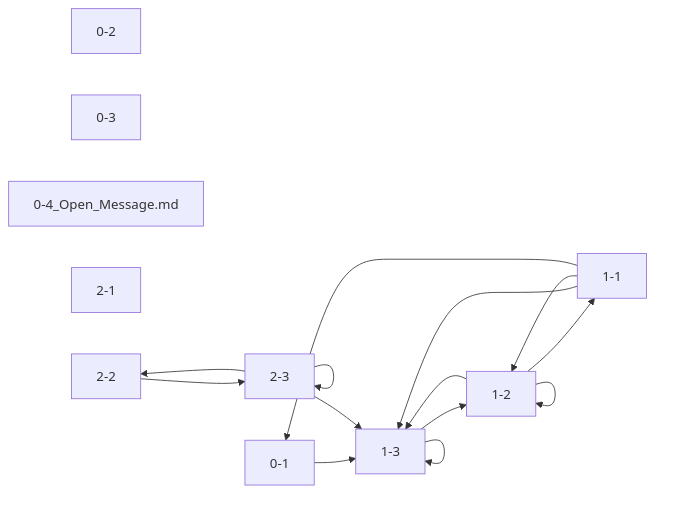
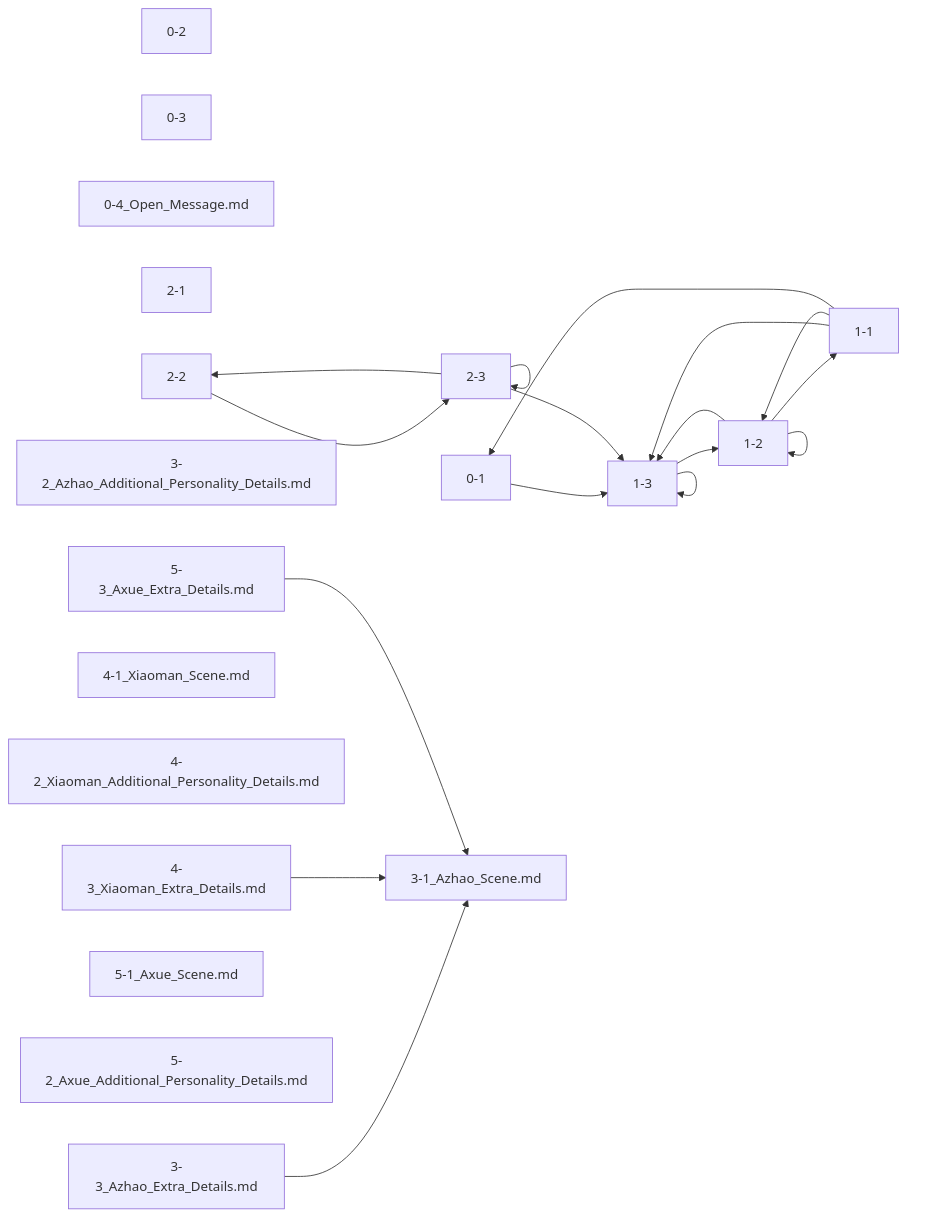
One commit to formkk/Ashport_Ourdream changed the diagram in tools/ref_graph.mmd. Above: the diagram before and after it, drawn with Mermaid. The commit also changed 13 other files, not shown here.

First line of the commit message:
feat(v1.70): WSK三文件修订+文档同步批次（输出示例改版/完整视图6→7字段/提取纪律收缩/契约自指）

```diff
--- a/tools/ref_graph.mmd
+++ b/tools/ref_graph.mmd
@@ -1,27 +1,42 @@
 graph LR
     0-1["0-1"]
     0-2["0-2"]
     0-3["0-3"]
     0-4_Open_Message.md["0-4_Open_Message.md"]
     1-1["1-1"]
     1-2["1-2"]
     1-3["1-3"]
     2-1["2-1"]
     2-2["2-2"]
     2-3["2-3"]
+    3-1_Azhao_Scene.md["3-1_Azhao_Scene.md"]
+    3-2_Azhao_Additional_Personality_Details.md["3-2_Azhao_Additional_Personality_Details.md"]
+    3-3_Azhao_Extra_Details.md["3-3_Azhao_Extra_Details.md"]
+    4-1_Xiaoman_Scene.md["4-1_Xiaoman_Scene.md"]
+    4-2_Xiaoman_Additional_Personality_Details.md["4-2_Xiaoman_Additional_Personality_Details.md"]
+    4-3_Xiaoman_Extra_Details.md["4-3_Xiaoman_Extra_Details.md"]
+    5-1_Axue_Scene.md["5-1_Axue_Scene.md"]
+    5-2_Axue_Additional_Personality_Details.md["5-2_Axue_Additional_Personality_Details.md"]
+    5-3_Axue_Extra_Details.md["5-3_Axue_Extra_Details.md"]
 
     0-1 --> 1-3
     1-1 --> 1-3
     1-1 --> 1-2
     1-1 --> 0-1
     1-2 --> 1-3
     1-2 --> 1-2
     1-2 --> 1-1
     1-3 --> 1-3
     1-3 --> 1-2
     2-2 --> 2-3
     2-3 --> 2-2
     2-3 --> 2-3
     2-3 --> 1-3
+    3-3_Azhao_Extra_Details.md --> 3-1_Azhao_Scene.md
+    4-3_Xiaoman_Extra_Details.md --> 3-1_Azhao_Scene.md
+    5-3_Axue_Extra_Details.md --> 3-1_Azhao_Scene.md
 
 %% 断链引用
+    %% 3-3_Azhao_Extra_Details.md L147: §[反全知铁规] -> 未找到目标
+    %% 4-3_Xiaoman_Extra_Details.md L134: §[反全知铁规] -> 未找到目标
+    %% 5-3_Axue_Extra_Details.md L128: §[反全知铁规] -> 未找到目标
```
